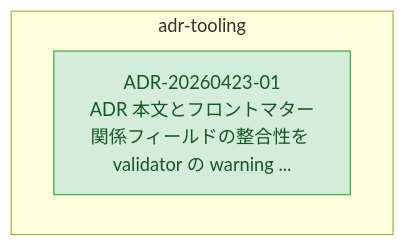
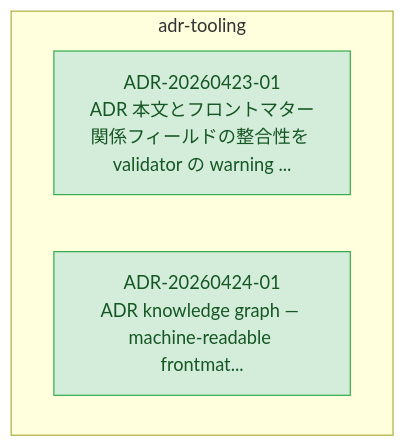
The diagram in docs/adr/graph/adr-tooling.md (kompiro/karasu), drawn with Mermaid before and after one commit. The commit also changed other lines of this file and 5 other files, not shown here.

First line of the commit message:
docs(adr): promote ADR knowledge-graph design doc to ADR

````diff
--- a/docs/adr/graph/adr-tooling.md
+++ b/docs/adr/graph/adr-tooling.md
@@ -6,14 +6,16 @@
 ```mermaid
 flowchart TD
   subgraph adr-tooling["adr-tooling"]
     ADR_20260423_01["ADR-20260423-01<br/>ADR 本文とフロントマター関係フィールドの整合性を validator の warning ..."]
+    ADR_20260424_01["ADR-20260424-01<br/>ADR knowledge graph — machine-readable frontmat..."]
   end
 
   classDef accepted fill:#d4edda,stroke:#28a745,color:#155724
   classDef proposed fill:#fff3cd,stroke:#ffc107,color:#856404
   classDef deprecated fill:#f8d7da,stroke:#dc3545,color:#721c24
   classDef superseded fill:#e2e3e5,stroke:#6c757d,color:#383d41
   classDef not_adopted fill:#e2e3e5,stroke:#6c757d,color:#383d41,stroke-dasharray:3 3
   classDef ghost fill:#f5f5f5,stroke:#adb5bd,color:#6c757d,stroke-dasharray:2 2
   class ADR_20260423_01 accepted
+  class ADR_20260424_01 accepted
 ```
````
